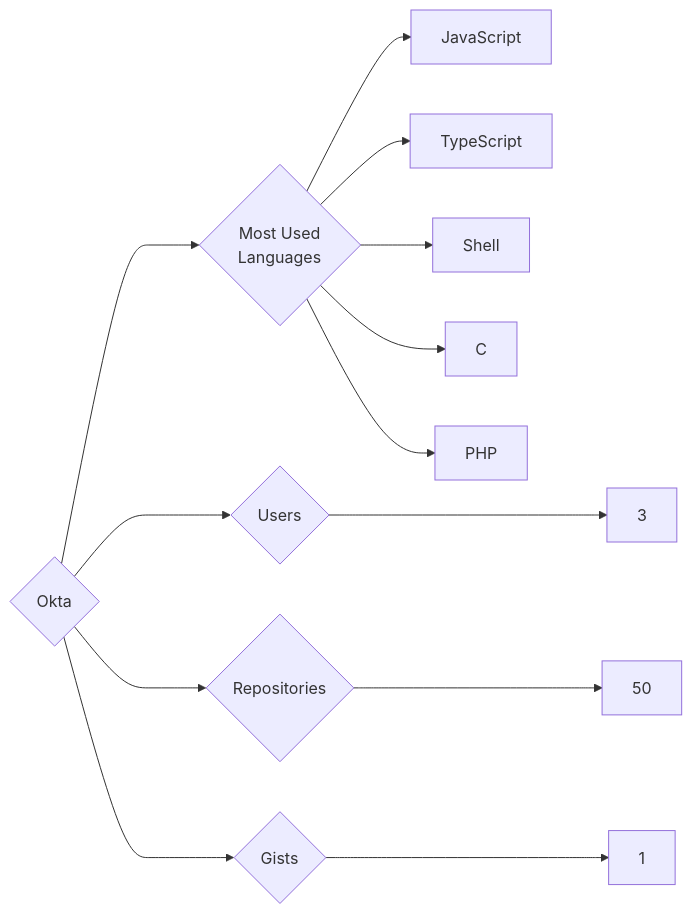
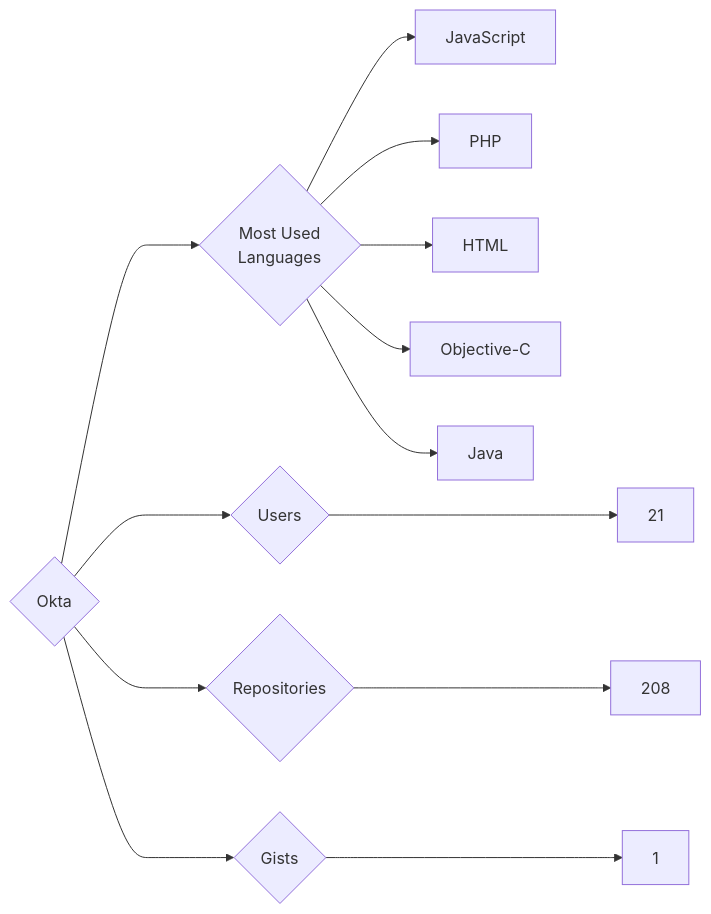
The diagram in targets/Okta/README.md (trickest/insiders), drawn with Mermaid before and after one commit. The commit also changed 725 other files, not shown here.

````diff
--- a/targets/Okta/README.md
+++ b/targets/Okta/README.md
@@ -3,13 +3,13 @@
 ```mermaid
 graph LR
 COMPANY_NAME{Okta}
-COMPANY_NAME ---> U{Users} ---> UN[3]
-COMPANY_NAME ---> R{Repositories} ---> RN[50]
+COMPANY_NAME ---> U{Users} ---> UN[21]
+COMPANY_NAME ---> R{Repositories} ---> RN[208]
 COMPANY_NAME ---> G{Gists} ---> GN[1]
 COMPANY_NAME ---> ML{Most Used<br>Languages}
 ML --> JavaScript[JavaScript]
-ML --> TypeScript[TypeScript]
-ML --> Shell[Shell]
-ML --> C[C]
 ML --> PHP[PHP]
+ML --> HTML[HTML]
+ML --> Objective-C[Objective-C]
+ML --> Java[Java]
 ```
````
